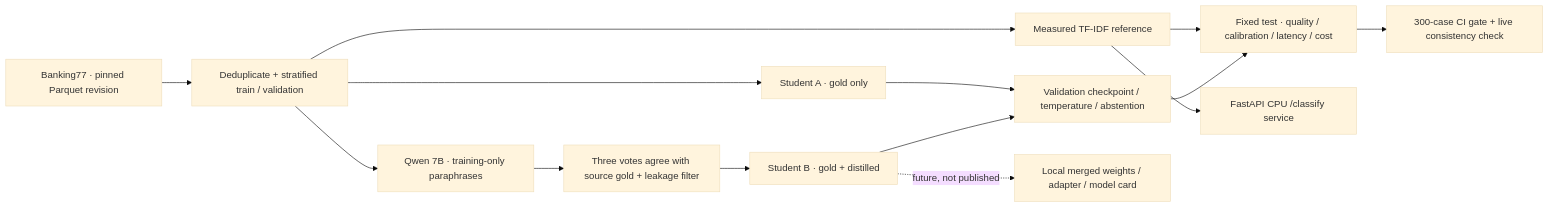
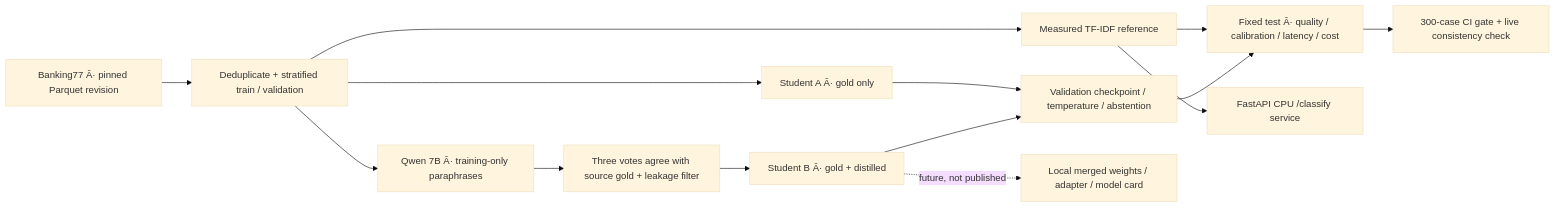
Before and after one commit to jatinmallarapu/Banking77Distillation: the diagram in README.md, drawn with Mermaid (base theme). The commit also changed other lines of this file and 4 other files, not shown here.

````diff
--- a/README.md
+++ b/README.md
@@ -56,14 +62,14 @@
 ```mermaid
 flowchart LR
-  D[Banking77 · pinned Parquet revision] --> S[Deduplicate + stratified train / validation]
+  D[Banking77 Â· pinned Parquet revision] --> S[Deduplicate + stratified train / validation]
   S --> B[Measured TF-IDF reference]
-  S --> T[Qwen 7B · training-only paraphrases]
+  S --> T[Qwen 7B Â· training-only paraphrases]
   T --> F[Three votes agree with source gold + leakage filter]
-  S --> A[Student A · gold only]
-  F --> C[Student B · gold + distilled]
+  S --> A[Student A Â· gold only]
+  F --> C[Student B Â· gold + distilled]
   A & C --> V[Validation checkpoint / temperature / abstention]
-  B & V --> E[Fixed test · quality / calibration / latency / cost]
+  B & V --> E[Fixed test Â· quality / calibration / latency / cost]
   E --> G[300-case CI gate + live consistency check]
   B --> API[FastAPI CPU /classify service]
   C -. future, not published .-> H[Local merged weights / adapter / model card]
 ```
````
